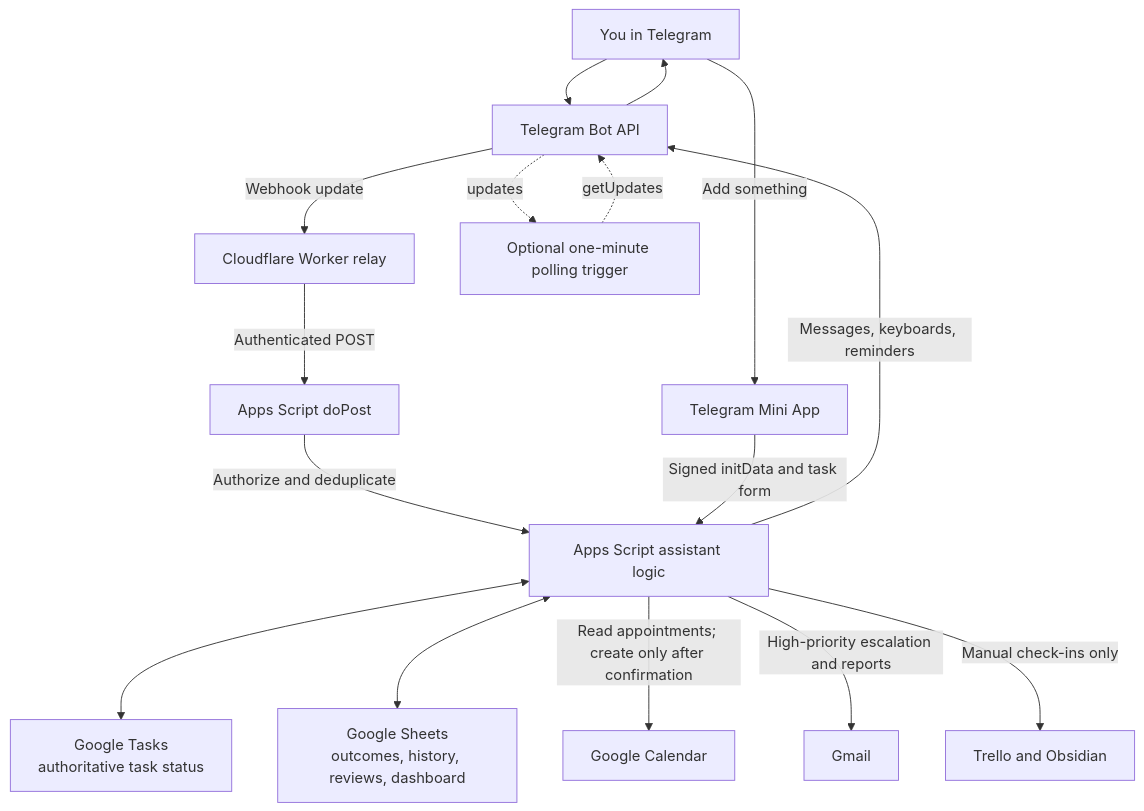
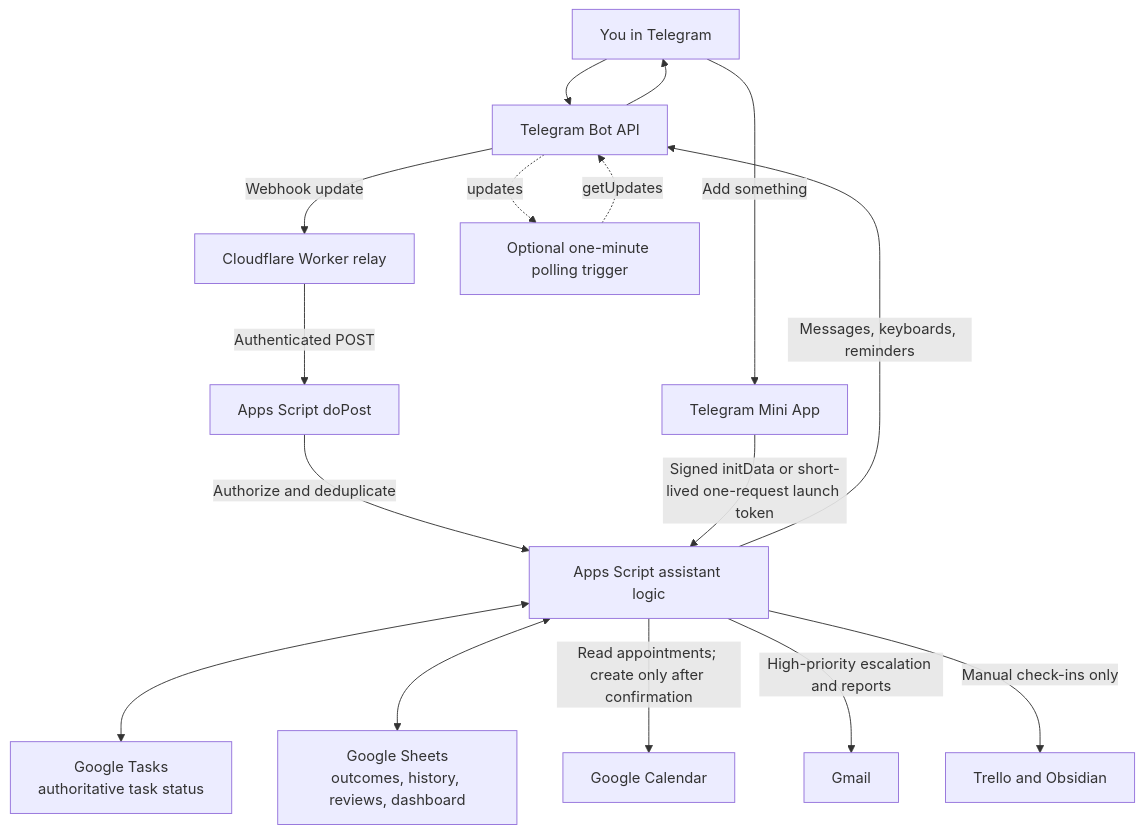
The first of 2 diagrams in README.md (mhishameg-lab/Tasks-Manager-Google-Products-focused), drawn with Mermaid before and after one commit. The commit also changed other lines of this file and 4 other files, not shown here.

Commit message:
Improve task list and Mini App launch

````diff
--- a/README.md
+++ b/README.md
@@ -7,18 +7,18 @@
 ```mermaid
 flowchart TD
     U[You in Telegram] --> T[Telegram Bot API]
     T -->|Webhook update| W[Cloudflare Worker relay]
     W -->|Authenticated POST| A[Apps Script doPost]
     A -->|Authorize and deduplicate| B[Apps Script assistant logic]
     U -->|Add something| M[Telegram Mini App]
-    M -->|Signed initData and task form| B
+    M -->|Signed initData or short-lived one-request launch token| B
     B <--> G[Google Tasks<br/>authoritative task status]
     B <--> S[Google Sheets<br/>outcomes, history, reviews, dashboard]
     B -->|Read appointments; create only after confirmation| C[Google Calendar]
     B -->|Messages, keyboards, reminders| T
     T --> U
     B -->|High-priority escalation and reports| E[Gmail]
     B -->|Manual check-ins only| O[Trello and Obsidian]
     P[Optional one-minute polling trigger] -. getUpdates .-> T
     T -. updates .-> P
 ```
````
